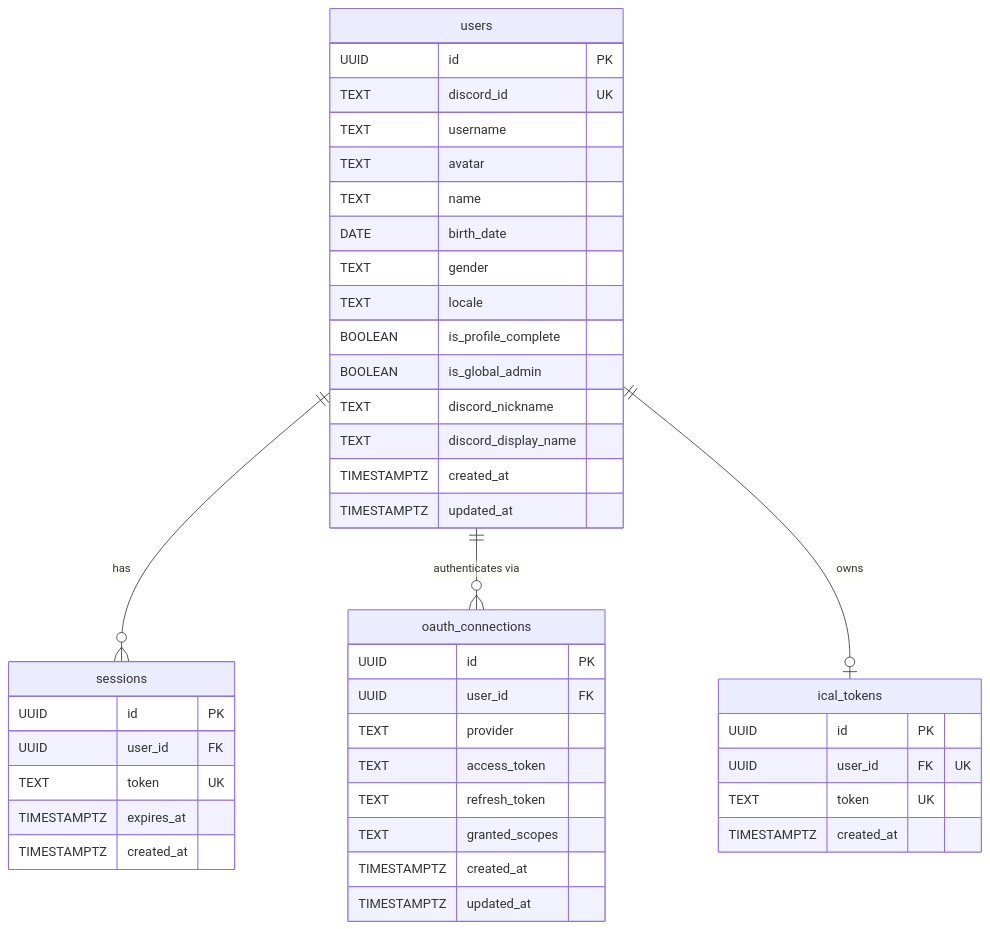
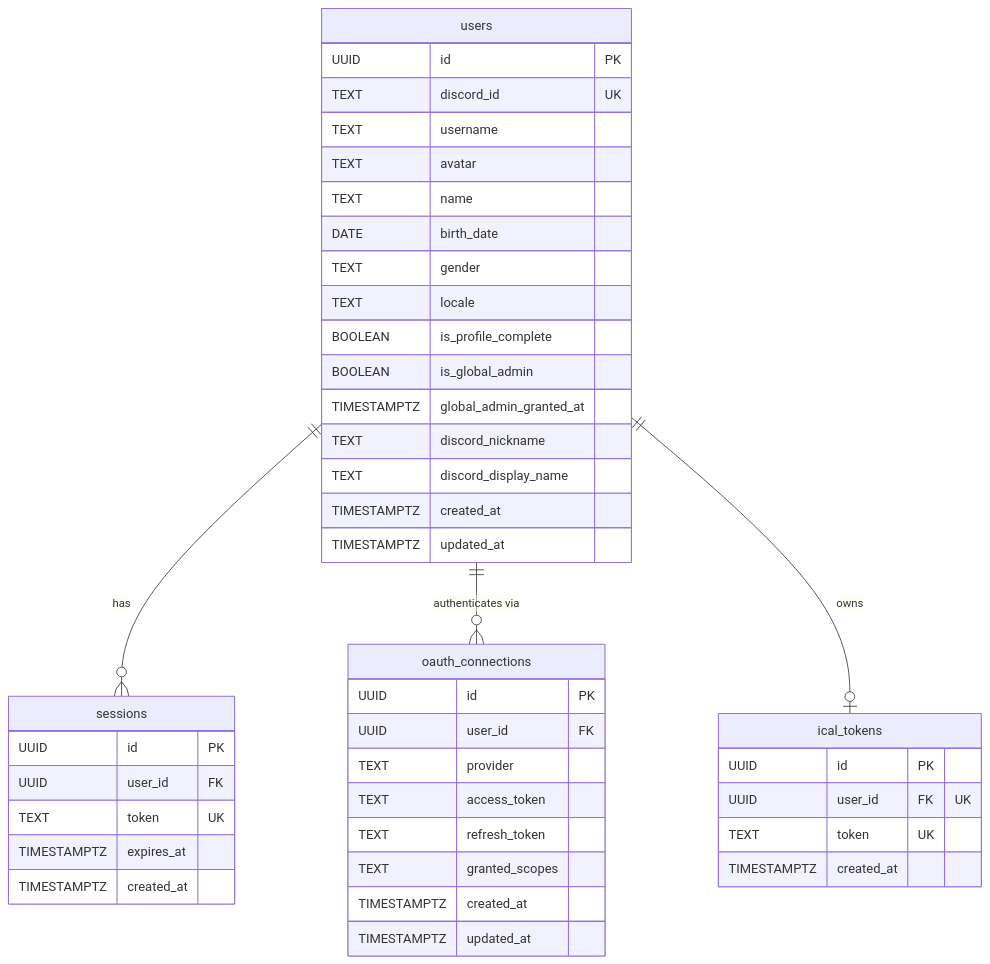
One commit to maxa-ondrej/sideline changed the second of 19 diagrams in docs/thesis/er-diagram.md. Above: the diagram before and after it, drawn with Mermaid. The commit also changed 61 other files, not shown here.

First line of the commit message:
feat(admin): manage global admins from the web admin area (#410)

````diff
--- a/docs/thesis/er-diagram.md
+++ b/docs/thesis/er-diagram.md
@@ -156,49 +156,50 @@
 ```mermaid
 erDiagram
     users {
         UUID id PK
         TEXT discord_id UK
         TEXT username
         TEXT avatar
         TEXT name
         DATE birth_date
         TEXT gender
         TEXT locale
         BOOLEAN is_profile_complete
         BOOLEAN is_global_admin
+        TIMESTAMPTZ global_admin_granted_at
         TEXT discord_nickname
         TEXT discord_display_name
         TIMESTAMPTZ created_at
         TIMESTAMPTZ updated_at
     }
 
     sessions {
         UUID id PK
         UUID user_id FK
         TEXT token UK
         TIMESTAMPTZ expires_at
         TIMESTAMPTZ created_at
     }
 
     oauth_connections {
         UUID id PK
         UUID user_id FK
         TEXT provider
         TEXT access_token
         TEXT refresh_token
         TEXT granted_scopes
         TIMESTAMPTZ created_at
         TIMESTAMPTZ updated_at
     }
 
     ical_tokens {
         UUID id PK
         UUID user_id FK "UK"
         TEXT token UK
         TIMESTAMPTZ created_at
     }
 
     users ||--o{ sessions : "has"
     users ||--o{ oauth_connections : "authenticates via"
     users ||--o| ical_tokens : "owns"
 ```
````
